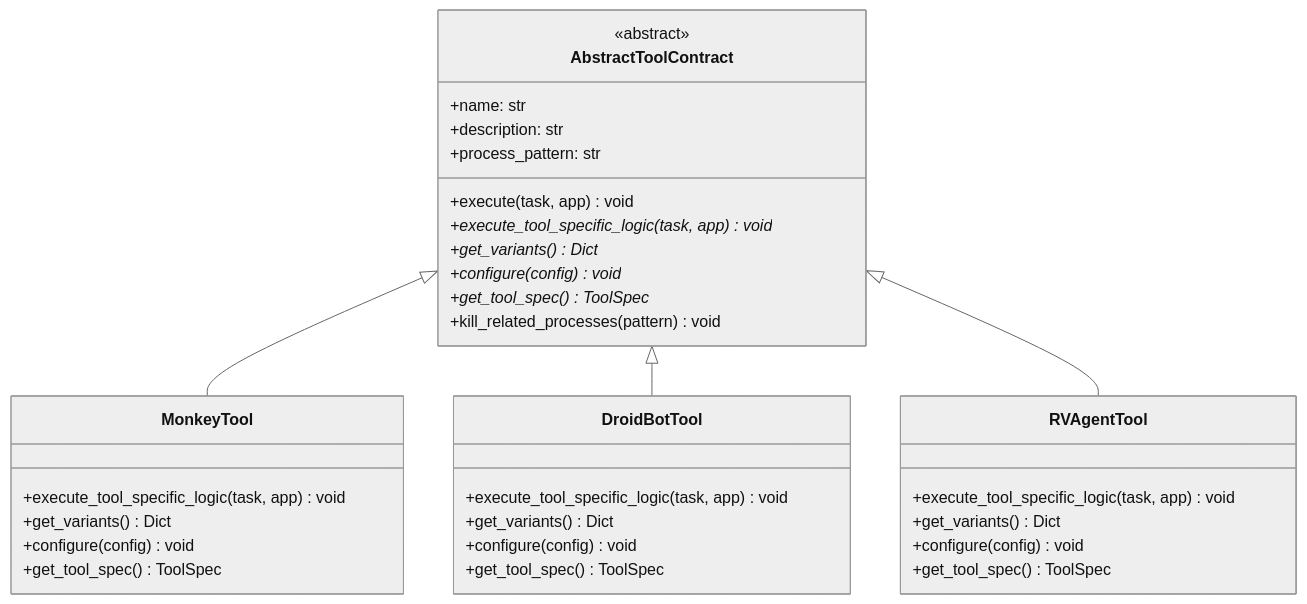
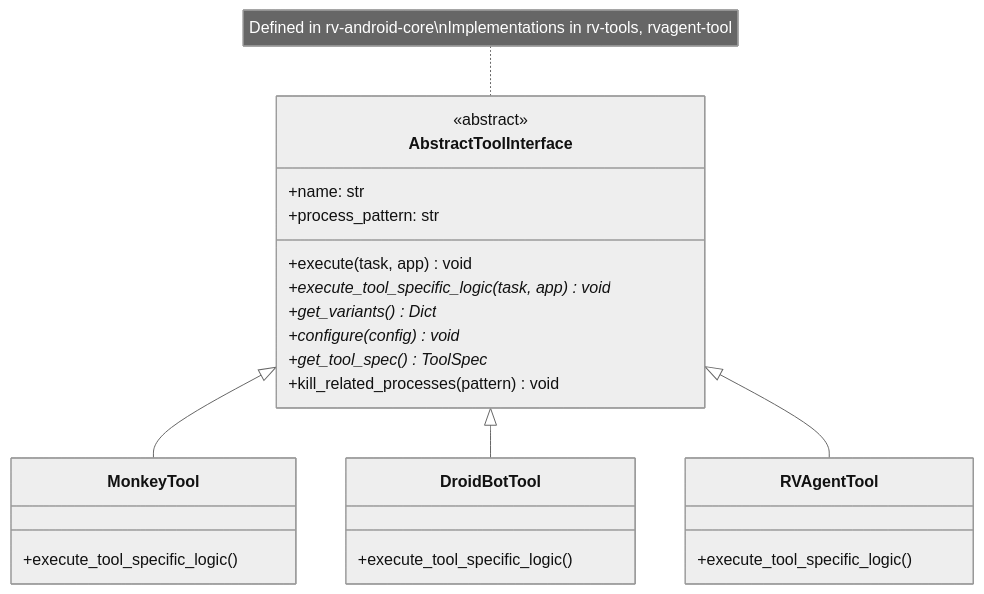
The sixth of 6 diagrams in rv-android/modules/rv-android-core/docs/architecture.md (PAMunb/rvsec), drawn with Mermaid before and after one commit. The commit also changed other lines of this file and 17 other files, not shown here.

First line of the commit message:
docs(tg5): architecture docs for all 13 modules + aperv spec rewrite + script updates (refs #48)

````diff
--- a/rv-android/modules/rv-android-core/docs/architecture.md
+++ b/rv-android/modules/rv-android-core/docs/architecture.md
@@ -593,41 +694,33 @@
 ```mermaid
 %%{init: {'theme': 'neutral'}}%%
 classDiagram
-    class AbstractToolContract {
+    class AbstractToolInterface {
         <<abstract>>
         +name: str
-        +description: str
         +process_pattern: str
         +execute(task, app) void
         +execute_tool_specific_logic(task, app)* void
         +get_variants()* Dict
         +configure(config)* void
         +get_tool_spec()* ToolSpec
         +kill_related_processes(pattern) void
     }
 
     class MonkeyTool {
-        +execute_tool_specific_logic(task, app) void
-        +get_variants() Dict
-        +configure(config) void
-        +get_tool_spec() ToolSpec
+        +execute_tool_specific_logic()
     }
 
     class DroidBotTool {
-        +execute_tool_specific_logic(task, app) void
-        +get_variants() Dict
-        +configure(config) void
-        +get_tool_spec() ToolSpec
+        +execute_tool_specific_logic()
     }
 
     class RVAgentTool {
-        +execute_tool_specific_logic(task, app) void
-        +get_variants() Dict
-        +configure(config) void
-        +get_tool_spec() ToolSpec
+        +execute_tool_specific_logic()
     }
 
-    AbstractToolContract <|-- MonkeyTool
-    AbstractToolContract <|-- DroidBotTool
-    AbstractToolContract <|-- RVAgentTool
+    AbstractToolInterface <|-- MonkeyTool
+    AbstractToolInterface <|-- DroidBotTool
+    AbstractToolInterface <|-- RVAgentTool
+
+    note for AbstractToolInterface "Defined in rv-android-core\nImplementations in rv-tools, rvagent-tool"
 ```
````
